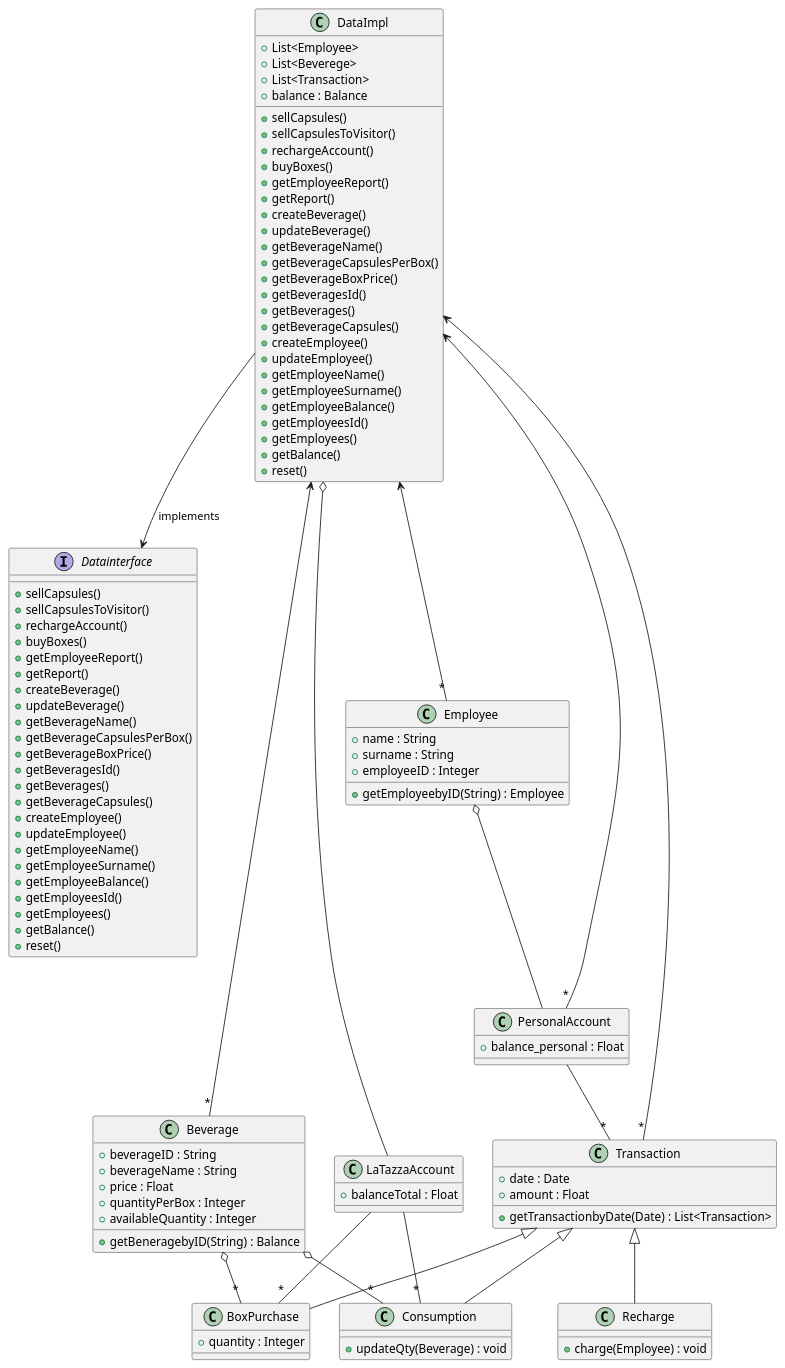
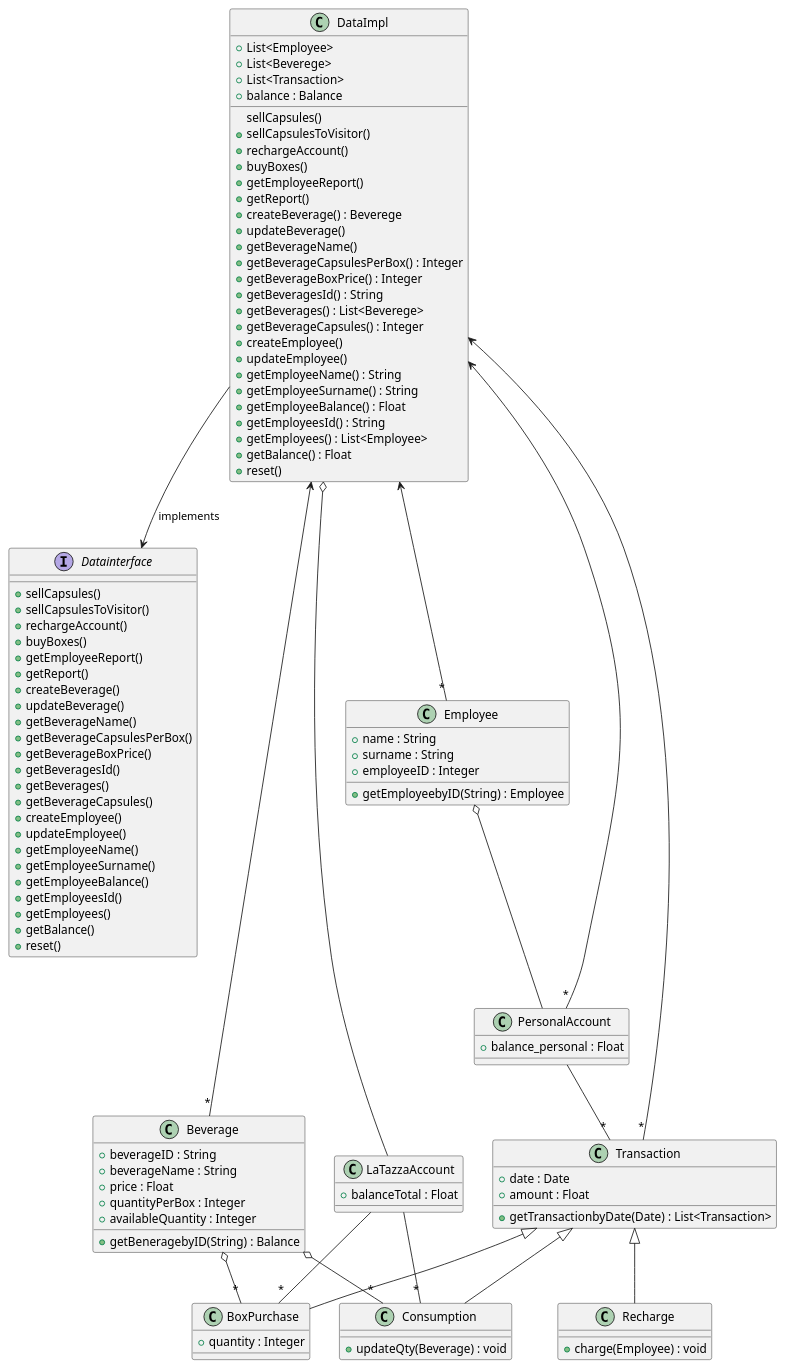
Before and after one commit to salvatore-dimartino/LaTazza: the third of 7 diagrams in templates/DesignDocumentTemplate.md, drawn with PlantUML.

```diff
--- a/templates/DesignDocumentTemplate.md
+++ b/templates/DesignDocumentTemplate.md
@@ -106,30 +106,30 @@
     +List<Beverege>
     +List<Transaction>
     +balance : Balance
-
-    +sellCapsules()
+    
+    sellCapsules()
     +sellCapsulesToVisitor()
     +rechargeAccount()
     +buyBoxes()
     +getEmployeeReport()
     +getReport()
-    +createBeverage()
-    +updateBeverage()
-    +getBeverageName()
-    +getBeverageCapsulesPerBox()
-    +getBeverageBoxPrice()
-    +getBeveragesId()
-    +getBeverages()
-    +getBeverageCapsules()
-    +createEmployee()
+    +createBeverage() : Beverege
+    +updateBeverage() 
+    +getBeverageName() 
+    +getBeverageCapsulesPerBox() : Integer
+    +getBeverageBoxPrice() : Integer
+    +getBeveragesId() : String
+    +getBeverages() : List<Beverege>
+    +getBeverageCapsules() : Integer
+    +createEmployee() 
     +updateEmployee()
-    +getEmployeeName()
-    +getEmployeeSurname()
-    +getEmployeeBalance()
-    +getEmployeesId()
-    +getEmployees()
-    +getBalance()
-    +reset()
+    +getEmployeeName() : String
+    +getEmployeeSurname() : String
+    +getEmployeeBalance() : Float
+    +getEmployeesId() : String
+    +getEmployees() : List<Employee>
+    +getBalance() : Float
+    +reset() 
 }
 
 DataImpl --> Datainterface: implements
```
